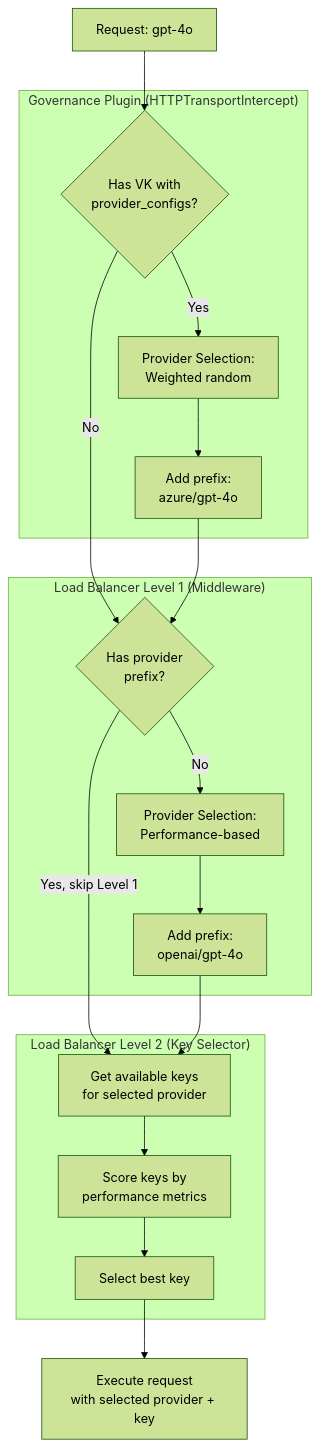
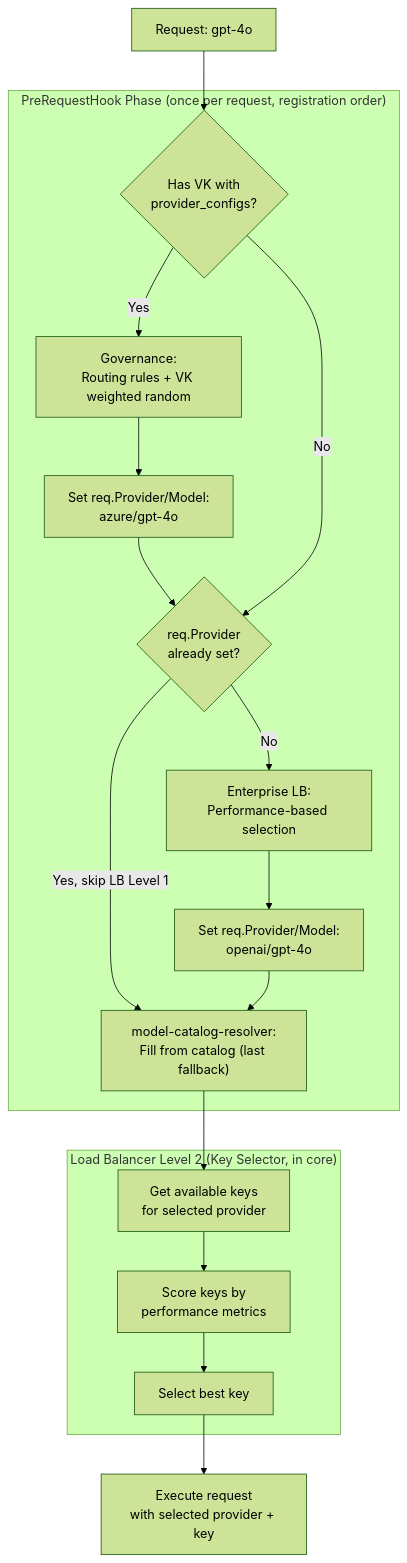
The second of 3 diagrams in docs/providers/provider-routing.mdx (akhsaul/bifrost), drawn with Mermaid (forest theme) before and after one commit. The commit also changed other lines of this file and 4 other files, not shown here.

First line of the commit message:
docs: add `PreRequestHook` routing phase to plugin lifecycle and sequencing docs (#4178)

````diff
--- a/docs/providers/provider-routing.mdx
+++ b/docs/providers/provider-routing.mdx
@@ -1188,30 +1189,28 @@
 ```mermaid
 flowchart TD
     Start["Request: gpt-4o"]
 
-    subgraph Governance["Governance Plugin (HTTPTransportIntercept)"]
+    subgraph PreReq["PreRequestHook Phase (once per request, registration order)"]
         HasVK{"Has VK with<br/>provider_configs?"}
-        GovRoute["Provider Selection:<br/>Weighted random"]
-        AddPrefix["Add prefix:<br/>azure/gpt-4o"]
+        GovRoute["Governance:<br/>Routing rules + VK weighted random"]
+        AddPrefix["Set req.Provider/Model:<br/>azure/gpt-4o"]
+        PrefixCheck{"req.Provider<br/>already set?"}
+        LBProvider["Enterprise LB:<br/>Performance-based selection"]
+        AddLBPrefix["Set req.Provider/Model:<br/>openai/gpt-4o"]
+        Resolver["model-catalog-resolver:<br/>Fill from catalog (last fallback)"]
     end
 
-    subgraph LB1["Load Balancer Level 1 (Middleware)"]
-        PrefixCheck{"Has provider<br/>prefix?"}
-        LBProvider["Provider Selection:<br/>Performance-based"]
-        AddLBPrefix["Add prefix:<br/>openai/gpt-4o"]
-    end
-
-    subgraph LB2["Load Balancer Level 2 (Key Selector)"]
+    subgraph LB2["Load Balancer Level 2 (Key Selector, in core)"]
         GetKeys["Get available keys<br/>for selected provider"]
         ScoreKeys["Score keys by<br/>performance metrics"]
         SelectKey["Select best key"]
     end
 
     Start --> HasVK
-    HasVK -->|Yes| GovRoute --> AddPrefix
+    HasVK -->|Yes| GovRoute --> AddPrefix --> PrefixCheck
     HasVK -->|No| PrefixCheck
-    AddPrefix --> PrefixCheck
-    PrefixCheck -->|Yes, skip Level 1| GetKeys
-    PrefixCheck -->|No| LBProvider --> AddLBPrefix --> GetKeys
+    PrefixCheck -->|Yes, skip LB Level 1| Resolver
+    PrefixCheck -->|No| LBProvider --> AddLBPrefix --> Resolver
+    Resolver --> GetKeys
     GetKeys --> ScoreKeys --> SelectKey --> Execute["Execute request<br/>with selected provider + key"]
 ```
````
